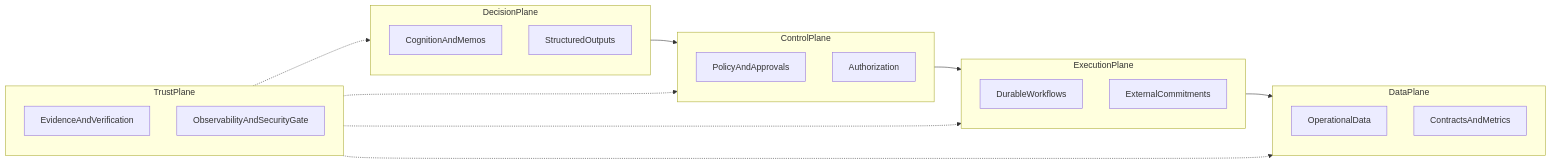
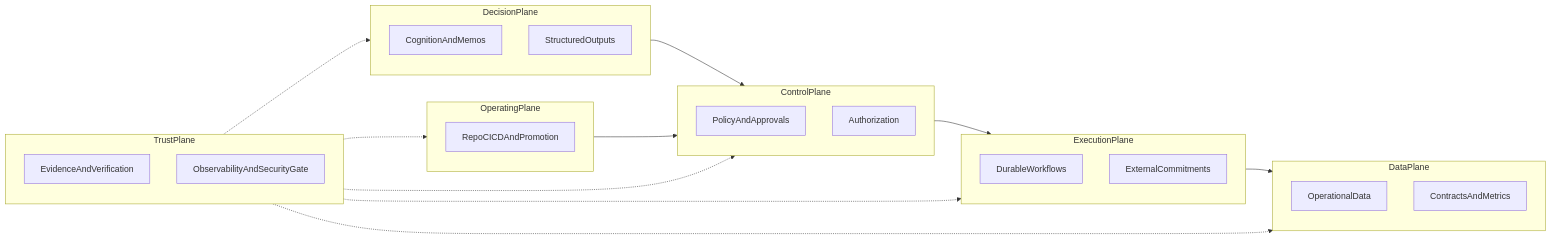
Before and after one commit to x1xhlol/system-prompts-and-models-of-ai-tools: the diagram in docs/ai-operating-model.md, drawn with Mermaid. The commit also changed other lines of this file and 16 other files, not shown here.

First line of the commit message:
docs(tier1): six tracks, operating plane, execution fabric, radar, Saudi register, ADR spikes

````diff
--- a/docs/ai-operating-model.md
+++ b/docs/ai-operating-model.md
@@ -32,30 +42,35 @@
 ```mermaid
 flowchart LR
   subgraph decisionPlane [DecisionPlane]
     Cognition[CognitionAndMemos]
     StructuredOut[StructuredOutputs]
   end
   subgraph controlPlane [ControlPlane]
     Policy[PolicyAndApprovals]
     AuthZ[Authorization]
   end
   subgraph executionPlane [ExecutionPlane]
     Workflows[DurableWorkflows]
     SideEffects[ExternalCommitments]
   end
   subgraph dataPlane [DataPlane]
     OpsData[OperationalData]
     Contracts[ContractsAndMetrics]
   end
   subgraph trustPlane [TrustPlane]
     Evidence[EvidenceAndVerification]
     Obs[ObservabilityAndSecurityGate]
   end
+  subgraph operatingPlane [OperatingPlane]
+    RepoCI[RepoCICDAndPromotion]
+  end
   decisionPlane --> controlPlane
   controlPlane --> executionPlane
   executionPlane --> dataPlane
+  operatingPlane --> controlPlane
   trustPlane -.-> decisionPlane
   trustPlane -.-> executionPlane
   trustPlane -.-> controlPlane
   trustPlane -.-> dataPlane
+  trustPlane -.-> operatingPlane
 ```
````
